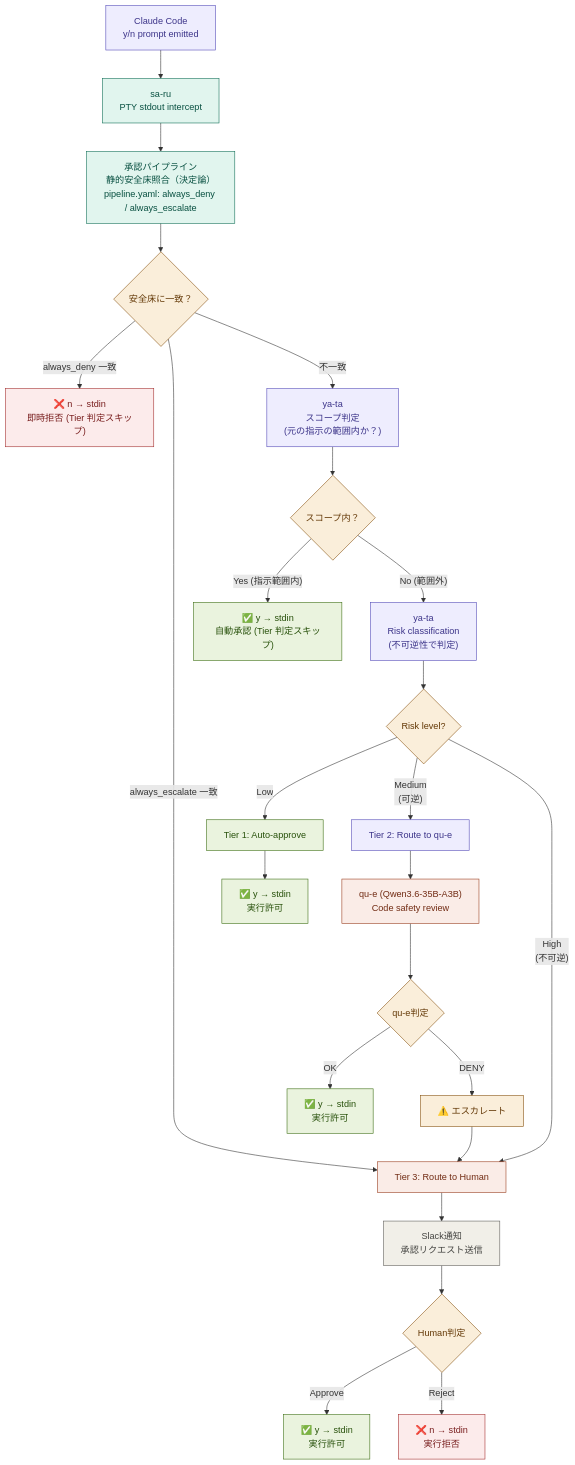
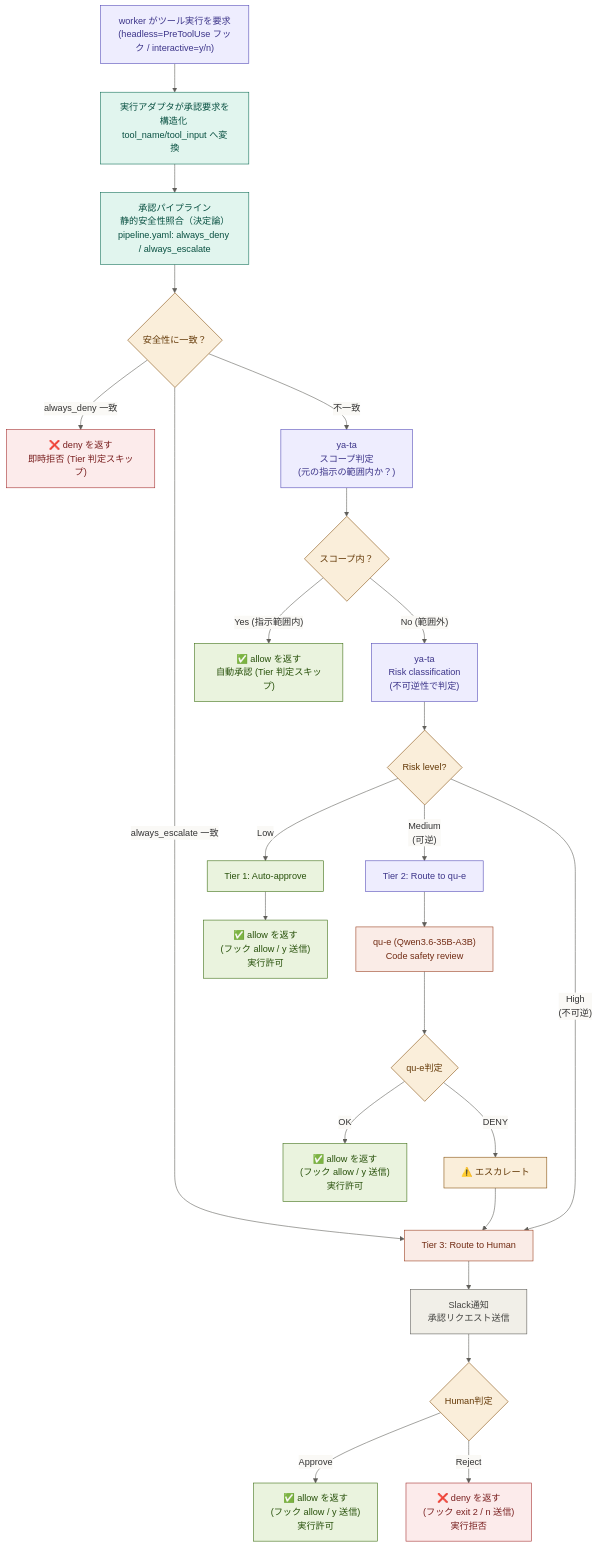
The second of 4 diagrams in docs/design/design-development-system.md (denkaishitsu/taka-ma), drawn with Mermaid before and after one commit. The commit also changed other lines of this file and 75 other files, not shown here.

````diff
--- a/docs/design/design-development-system.md
+++ b/docs/design/design-development-system.md
@@ -310,75 +343,76 @@
 ```mermaid
+%%{init: {'theme':'base', 'themeVariables': {'background':'#FAF9F6','lineColor':'#5F5E5A','edgeLabelBackground':'#FAF9F6'}}}%%
 flowchart TD
-    A["Claude Code\ny/n prompt emitted"]
+    A["worker がツール実行を要求\n(headless=PreToolUse フック / interactive=y/n)"]
     A --> B
 
-    B["sa-ru\nPTY stdout intercept"]
+    B["実行アダプタが承認要求を\n構造化 tool_name/tool_input へ変換"]
     B --> SF
 
-    SF["承認パイプライン<br>静的安全床照合（決定論）<br>pipeline.yaml: always_deny / always_escalate"]
-    SF --> SFD{"安全床に一致？"}
+    SF["承認パイプライン<br>静的安全性照合（決定論）<br>pipeline.yaml: always_deny / always_escalate"]
+    SF --> SFD{"安全性に一致？"}
 
-    SFD -->|"always_deny 一致"| ND["❌ n → stdin<br>即時拒否 (Tier 判定スキップ)"]
+    SFD -->|"always_deny 一致"| ND["❌ deny を返す<br>即時拒否 (Tier 判定スキップ)"]
     SFD -->|"always_escalate 一致"| T3
     SFD -->|"不一致"| SC
 
     SC["ya-ta<br>スコープ判定<br>(元の指示の範囲内か？)"]
     SC --> SCD{"スコープ内？"}
 
-    SCD -->|"Yes (指示範囲内)"| YS["✅ y → stdin<br>自動承認 (Tier 判定スキップ)"]
+    SCD -->|"Yes (指示範囲内)"| YS["✅ allow を返す<br>自動承認 (Tier 判定スキップ)"]
     SCD -->|"No (範囲外)"| C
 
     C["ya-ta\nRisk classification<br>(不可逆性で判定)"]
     C --> D{"Risk level?"}
 
     D -->|"Low"| T1
     D -->|"Medium<br>(可逆)"| T2
     D -->|"High<br>(不可逆)"| T3
 
     T1["Tier 1: Auto-approve"]
-    T1 --> Y1["✅ y → stdin\n実行許可"]
+    T1 --> Y1["✅ allow を返す\n(フック allow / y 送信)\n実行許可"]
 
     T2["Tier 2: Route to qu-e"]
     T2 --> S
 
     S["qu-e (Qwen3.6-35B-A3B)\nCode safety review"]
     S --> R{"qu-e判定"}
 
-    R -->|"OK"| Y2["✅ y → stdin\n実行許可"]
+    R -->|"OK"| Y2["✅ allow を返す\n(フック allow / y 送信)\n実行許可"]
     R -->|"DENY"| ESC
 
     ESC["⚠️ エスカレート"]
     ESC --> T3
 
     T3["Tier 3: Route to Human"]
     T3 --> SLACK
 
     SLACK["Slack通知\n承認リクエスト送信"]
     SLACK --> H{"Human判定"}
 
-    H -->|"Approve"| Y3["✅ y → stdin\n実行許可"]
-    H -->|"Reject"| N["❌ n → stdin\n実行拒否"]
+    H -->|"Approve"| Y3["✅ allow を返す\n(フック allow / y 送信)\n実行許可"]
+    H -->|"Reject"| N["❌ deny を返す\n(フック exit 2 / n 送信)\n実行拒否"]
 
     style A fill:#EEEDFE,stroke:#534AB7,color:#3C3489
     style B fill:#E1F5EE,stroke:#0F6E56,color:#085041
     style SF fill:#E1F5EE,stroke:#0F6E56,color:#085041
     style SFD fill:#FAEEDA,stroke:#854F0B,color:#633806
     style ND fill:#FCEBEB,stroke:#A32D2D,color:#791F1F
     style SC fill:#EEEDFE,stroke:#534AB7,color:#3C3489
     style SCD fill:#FAEEDA,stroke:#854F0B,color:#633806
     style YS fill:#EAF3DE,stroke:#3B6D11,color:#27500A
     style C fill:#EEEDFE,stroke:#534AB7,color:#3C3489
     style D fill:#FAEEDA,stroke:#854F0B,color:#633806
     style T1 fill:#EAF3DE,stroke:#3B6D11,color:#27500A
     style T2 fill:#EEEDFE,stroke:#534AB7,color:#3C3489
     style T3 fill:#FAECE7,stroke:#993C1D,color:#712B13
     style S fill:#FAECE7,stroke:#993C1D,color:#712B13
     style R fill:#FAEEDA,stroke:#854F0B,color:#633806
     style ESC fill:#FAEEDA,stroke:#854F0B,color:#633806
     style SLACK fill:#F1EFE8,stroke:#5F5E5A,color:#444441
     style H fill:#FAEEDA,stroke:#854F0B,color:#633806
     style Y1 fill:#EAF3DE,stroke:#3B6D11,color:#27500A
     style Y2 fill:#EAF3DE,stroke:#3B6D11,color:#27500A
     style Y3 fill:#EAF3DE,stroke:#3B6D11,color:#27500A
     style N fill:#FCEBEB,stroke:#A32D2D,color:#791F1F
 ```
````
